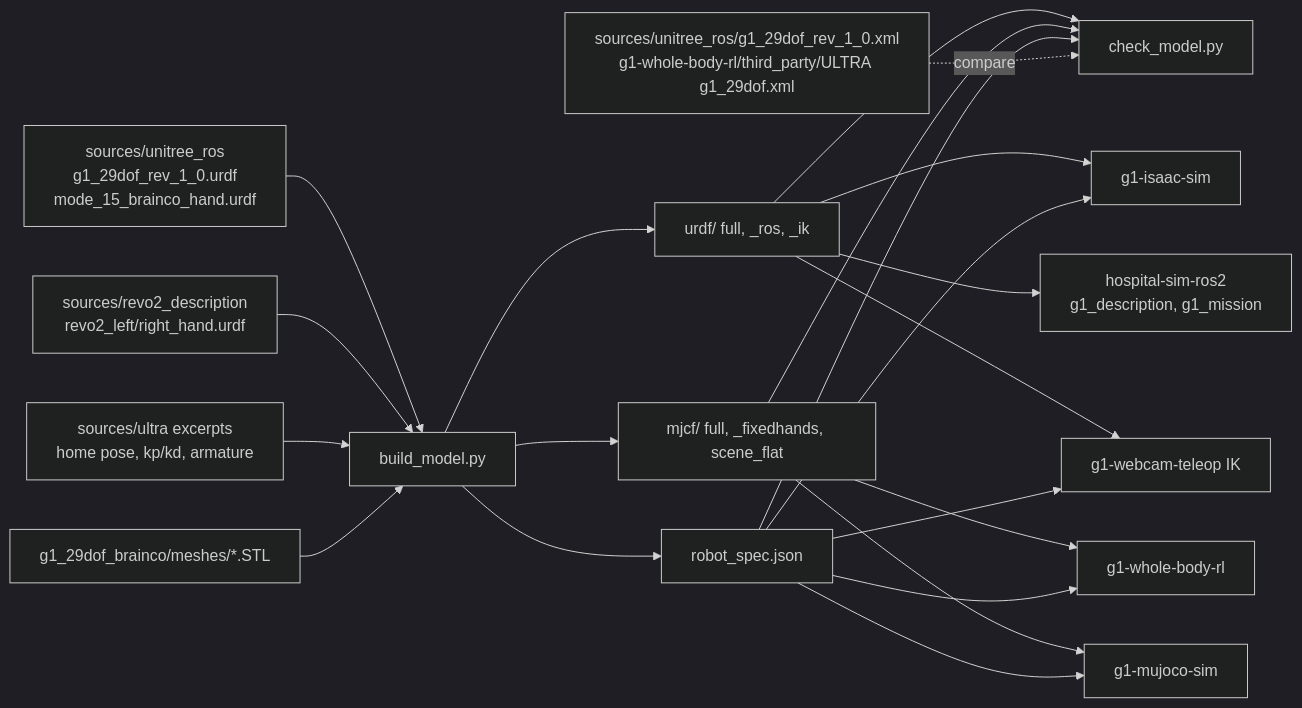
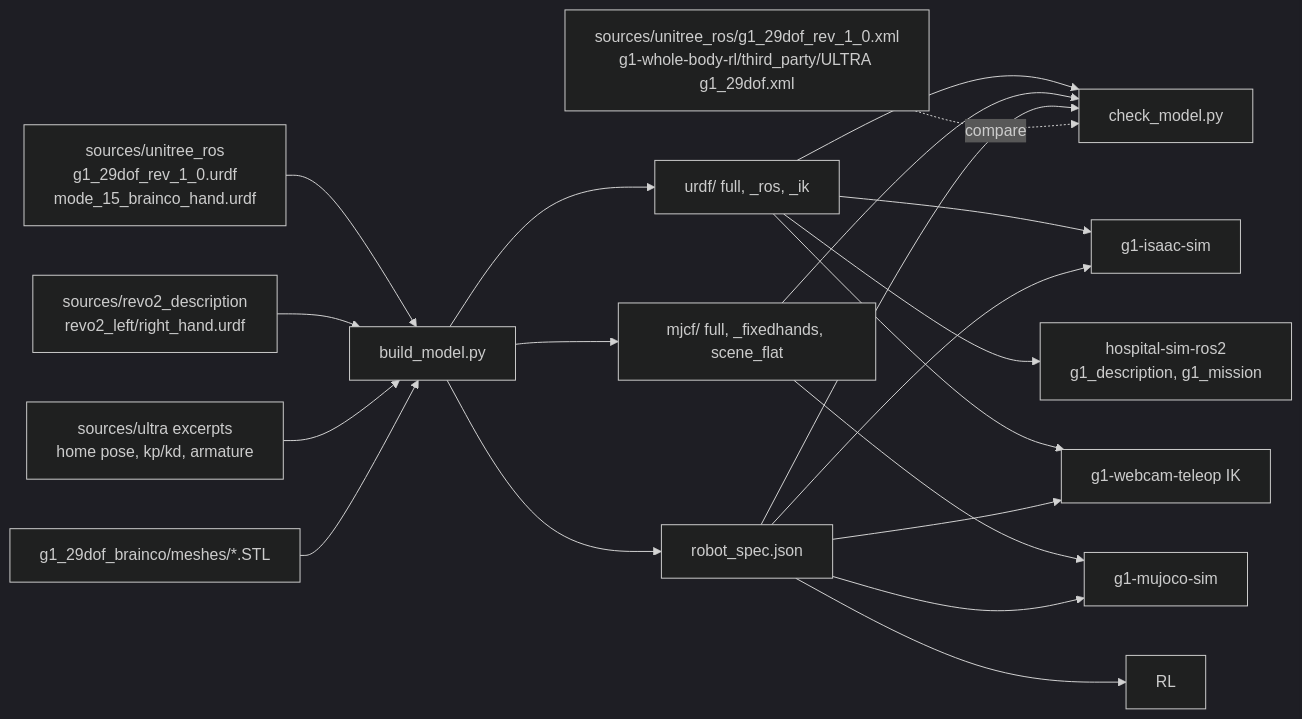
One commit to Bkrakshith/g1-brainco-description changed the diagram in README.md. Above: the diagram before and after it, drawn with Mermaid (dark theme). The commit also changed other lines of this file, not shown here.

Commit message:
README: g1-whole-body-rl is archived

````diff
--- a/README.md
+++ b/README.md
@@ -60,18 +60,17 @@
 ```mermaid
 flowchart LR
   U["sources/unitree_ros<br/>g1_29dof_rev_1_0.urdf<br/>mode_15_brainco_hand.urdf"] --> B["build_model.py"]
   R["sources/revo2_description<br/>revo2_left/right_hand.urdf"] --> B
   T["sources/ultra excerpts<br/>home pose, kp/kd, armature"] --> B
   M["g1_29dof_brainco/meshes/*.STL"] --> B
   B --> URDF["urdf/ full, _ros, _ik"]
   B --> MJCF["mjcf/ full, _fixedhands, scene_flat"]
   B --> SPEC["robot_spec.json"]
   URDF & MJCF & SPEC --> C["check_model.py"]
   V["sources/unitree_ros/g1_29dof_rev_1_0.xml<br/>g1-whole-body-rl/third_party/ULTRA g1_29dof.xml"] -.compare.-> C
-  MJCF --> RL["g1-whole-body-rl"]
   MJCF --> MS["g1-mujoco-sim"]
   URDF --> IS["g1-isaac-sim"]
   URDF --> ROS["hospital-sim-ros2<br/>g1_description, g1_mission"]
   URDF --> TEL["g1-webcam-teleop IK"]
   SPEC --> RL & MS & IS & TEL
 ```
````
